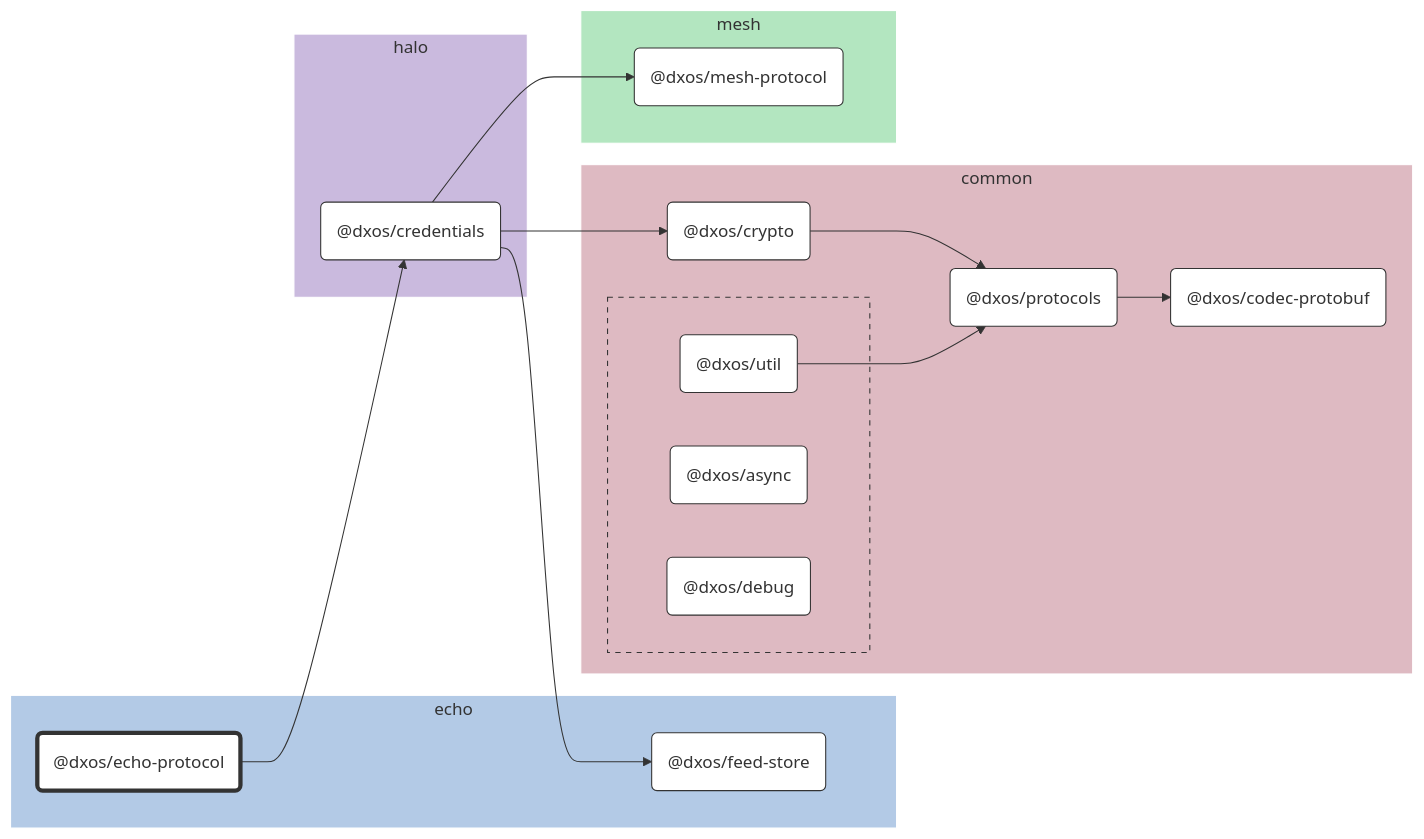
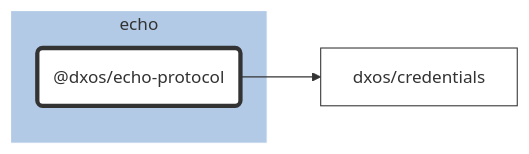
One commit to dxos/dxos changed the diagram in packages/echo/echo-protocol/docs/README.md. Above: the diagram before and after it, drawn with Mermaid. The commit also changed 84 other files, not shown here.

````diff
--- a/packages/echo/echo-protocol/docs/README.md
+++ b/packages/echo/echo-protocol/docs/README.md
@@ -7,79 +7,21 @@
 ```mermaid
 %%{ init: {'flowchart':{'curve':'basis'}} }%%
 
 flowchart LR
 
-%% Links
-dxos/credentials --> dxos/crypto;
-dxos/credentials --> dxos/feed-store;
-dxos/credentials --> dxos/mesh-protocol;
-dxos/crypto --> dxos/protocols;
-dxos/echo-protocol --> dxos/credentials;
-dxos/protocols --> dxos/codec-protobuf;
-dxos/util --> dxos/protocols;
+%% Classes
+classDef default fill:#fff,stroke:#333,stroke-width:1px
+classDef root fill:#fff,stroke:#333,stroke-width:4px
 
-%% Sections
-subgraph echo
-  style echo fill:#b3cae6,stroke:#fff;
+%% Nodes
 
-  dxos/echo-protocol("@dxos/echo-protocol")
-  dxos/feed-store("@dxos/feed-store")
+subgraph echo [echo]
+  style echo fill:#b3cae6,stroke:#fff
+  dxos/echo-protocol("@dxos/echo-protocol"):::root
+  click dxos/echo-protocol "dxos/dxos/tree/main/packages/echo/echo-protocol/docs"
 end
 
-subgraph common
-  style common fill:#debac2,stroke:#fff;
-
-  dxos/codec-protobuf("@dxos/codec-protobuf")
-  dxos/crypto("@dxos/crypto")
-  dxos/protocols("@dxos/protocols")
-
-  subgraph common-excluded [ ]
-    style common-excluded fill:#debac2,stroke:#333,stroke-dasharray:5 5;
-
-    dxos/async("@dxos/async")
-    dxos/debug("@dxos/debug")
-    dxos/util("@dxos/util")
-  end
-end
-
-subgraph halo
-  style halo fill:#cabade,stroke:#fff;
-
-  dxos/credentials("@dxos/credentials")
-end
-
-subgraph mesh
-  style mesh fill:#b3e6c0,stroke:#fff;
-
-  dxos/mesh-protocol("@dxos/mesh-protocol")
-end
-
-
-%% Hyperlinks
-click dxos/async "dxos/dxos/tree/main/packages/common/async/docs";
-click dxos/codec-protobuf "dxos/dxos/tree/main/packages/common/codec-protobuf/docs";
-click dxos/credentials "dxos/dxos/tree/main/packages/halo/credentials/docs";
-click dxos/crypto "dxos/dxos/tree/main/packages/common/crypto/docs";
-click dxos/debug "dxos/dxos/tree/main/packages/common/debug/docs";
-click dxos/feed-store "dxos/dxos/tree/main/packages/echo/feed-store/docs";
-click dxos/mesh-protocol "dxos/dxos/tree/main/packages/mesh/mesh-protocol/docs";
-click dxos/protocols "dxos/dxos/tree/main/packages/common/protocols/docs";
-click dxos/util "dxos/dxos/tree/main/packages/common/util/docs";
-
-%% Styles
-classDef rootNode fill:#fff,stroke:#333,stroke-width:4px
-classDef defaultNode fill:#fff,stroke:#333,stroke-width:1px
+%% Links
 linkStyle default stroke:#333,stroke-width:1px
-
-dxos/echo-protocol:::rootNode
-
-dxos/async:::defaultNode
-dxos/codec-protobuf:::defaultNode
-dxos/credentials:::defaultNode
-dxos/crypto:::defaultNode
-dxos/debug:::defaultNode
-dxos/feed-store:::defaultNode
-dxos/mesh-protocol:::defaultNode
-dxos/protocols:::defaultNode
-dxos/util:::defaultNode
+dxos/echo-protocol --> dxos/credentials
 ```
````
